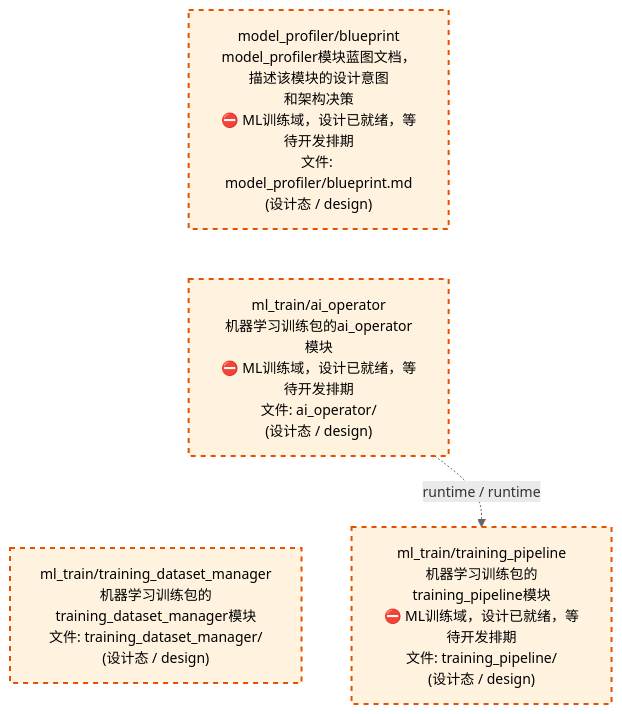
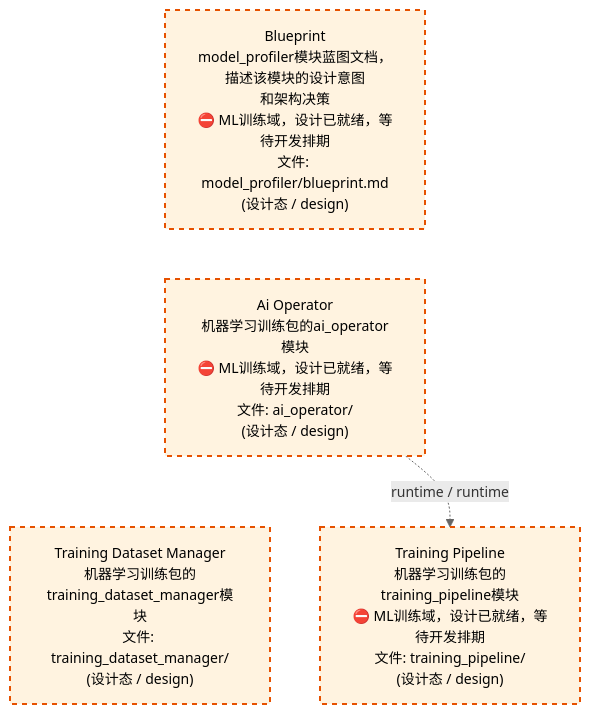
Before and after one commit to xuanFelixVan/ZephyrAlpha: the third of 4 diagrams in docs/02_enterprise_architecture/02_domain_architecture_docs/61_d_ml_train.md, drawn with Mermaid. The commit also changed other lines of this file and 58 other files, not shown here.

````diff
--- a/docs/02_enterprise_architecture/02_domain_architecture_docs/61_d_ml_train.md
+++ b/docs/02_enterprise_architecture/02_domain_architecture_docs/61_d_ml_train.md
@@ -127,16 +127,16 @@
 ```mermaid
 %%{init: {'theme': 'base', 'themeVariables': {'primaryColor': '#eaeaea', 'primaryTextColor': '#333333', 'primaryBorderColor': '#666666', 'lineColor': '#666666', 'secondaryColor': '#eaeaea', 'tertiaryColor': '#eaeaea', 'fontSize': '14px'}}}%%
 flowchart TD
-    docs_03_modules_cross_layer_model_profiler_blueprint_md["model_profiler/blueprint<br/>model_profiler模块蓝图文档，描述该模块的设计意图<br/>和架构决策<br/>⛔ ML训练域，设计已就绪，等待开发排期<br/>文件: model_profiler/blueprint.md<br/>(设计态 / design)"]
-    src_zephyr_ml_train_ai_operator["ml_train/ai_operator<br/>机器学习训练包的ai_operator模块<br/>⛔ ML训练域，设计已就绪，等待开发排期<br/>文件: ai_operator/<br/>(设计态 / design)"]
-    src_zephyr_ml_train_training_dataset_manager["ml_train/training_dataset_manager<br/>机器学习训练包的training_dataset_manager模块<br/>文件: training_dataset_manager/<br/>(设计态 / design)"]
+    docs_03_modules_cross_layer_model_profiler_blueprint_md["Blueprint<br/>model_profiler模块蓝图文档，描述该模块的设计意图<br/>和架构决策<br/>⛔ ML训练域，设计已就绪，等待开发排期<br/>文件: model_profiler/blueprint.md<br/>(设计态 / design)"]
+    src_zephyr_ml_train_ai_operator["Ai Operator<br/>机器学习训练包的ai_operator模块<br/>⛔ ML训练域，设计已就绪，等待开发排期<br/>文件: ai_operator/<br/>(设计态 / design)"]
+    src_zephyr_ml_train_training_dataset_manager["Training Dataset Manager<br/>机器学习训练包的training_dataset_manager模块<br/>文件: training_dataset_manager/<br/>(设计态 / design)"]
     docs_03_modules_cross_layer_model_profiler_blueprint_md ~~~ src_zephyr_ml_train_ai_operator
     src_zephyr_ml_train_ai_operator ~~~ src_zephyr_ml_train_training_dataset_manager
-    src_zephyr_ml_train_training_pipeline["ml_train/training_pipeline<br/>机器学习训练包的training_pipeline模块<br/>⛔ ML训练域，设计已就绪，等待开发排期<br/>文件: training_pipeline/<br/>(设计态 / design)"]
+    src_zephyr_ml_train_training_pipeline["Training Pipeline<br/>机器学习训练包的training_pipeline模块<br/>⛔ ML训练域，设计已就绪，等待开发排期<br/>文件: training_pipeline/<br/>(设计态 / design)"]
     src_zephyr_ml_train_ai_operator -.->|runtime / runtime| src_zephyr_ml_train_training_pipeline
     classDef production fill:#e1f5fe,stroke:#01579b,stroke-width:2px,color:#000
     classDef design fill:#fff3e0,stroke:#e65100,stroke-width:2px,color:#000,stroke-dasharray: 5 5
     classDef external_prod fill:#e8f4fd,stroke:#0277bd,stroke-width:1px,color:#000
     classDef external_design fill:#fff8e7,stroke:#ef6c00,stroke-width:1px,color:#000,stroke-dasharray: 5 5
     class docs_03_modules_cross_layer_model_profiler_blueprint_md,src_zephyr_ml_train_ai_operator,src_zephyr_ml_train_training_dataset_manager,src_zephyr_ml_train_training_pipeline design
 ```
````
